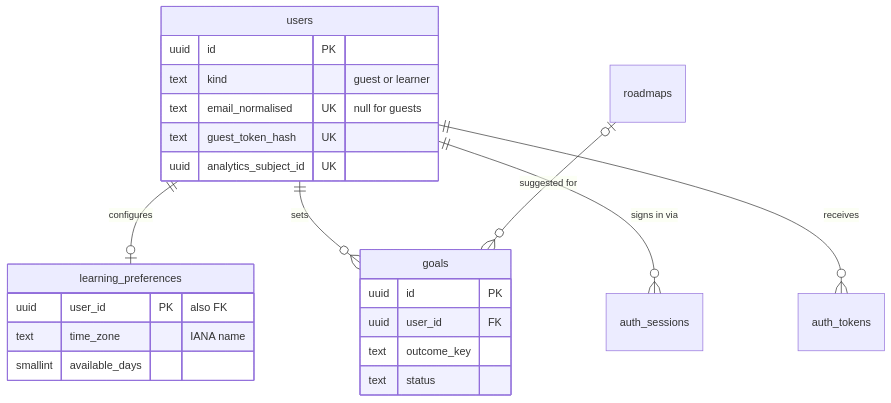
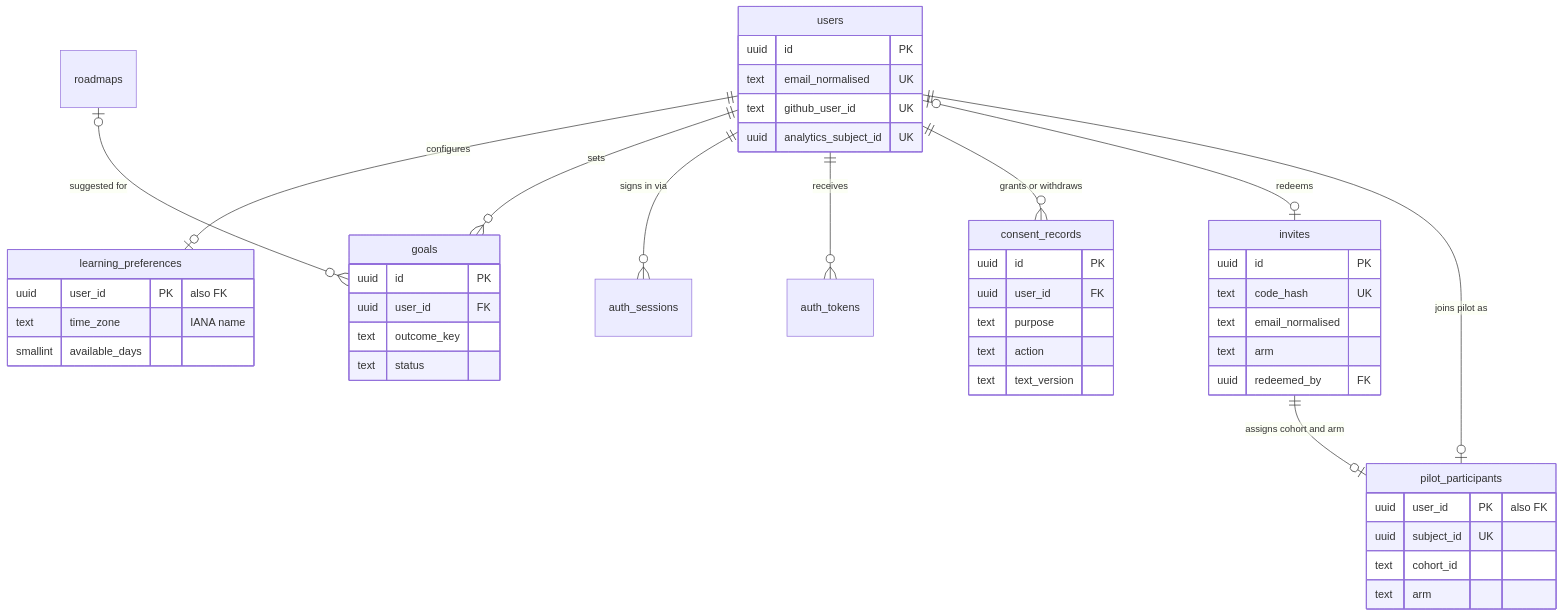
The second of 7 diagrams in devstep/docs/04-data-model.md (GhanshyamSoni68/app_idea), drawn with Mermaid before and after one commit. The commit also changed other lines of this file and 8 other files, not shown here.

````diff
--- a/devstep/docs/04-data-model.md
+++ b/devstep/docs/04-data-model.md
@@ -111,26 +120,49 @@
 ```mermaid
 erDiagram
     users ||--o| learning_preferences : "configures"
     users ||--o{ goals : "sets"
     users ||--o{ auth_sessions : "signs in via"
     users ||--o{ auth_tokens : "receives"
+    users ||--o{ consent_records : "grants or withdraws"
+    users |o--o| invites : "redeems"
+    users ||--o| pilot_participants : "joins pilot as"
+    invites ||--o| pilot_participants : "assigns cohort and arm"
     roadmaps |o--o{ goals : "suggested for"
     users {
         uuid id PK
-        text kind "guest or learner"
-        text email_normalised UK "null for guests"
-        text guest_token_hash UK
+        text email_normalised UK
+        text github_user_id UK
         uuid analytics_subject_id UK
+    }
+    invites {
+        uuid id PK
+        text code_hash UK
+        text email_normalised
+        text arm
+        uuid redeemed_by FK
+    }
+    pilot_participants {
+        uuid user_id PK "also FK"
+        uuid subject_id UK
+        text cohort_id
+        text arm
+    }
+    consent_records {
+        uuid id PK
+        uuid user_id FK
+        text purpose
+        text action
+        text text_version
     }
     learning_preferences {
         uuid user_id PK "also FK"
         text time_zone "IANA name"
         smallint available_days
     }
     goals {
         uuid id PK
         uuid user_id FK
         text outcome_key
         text status
     }
 ```
````
